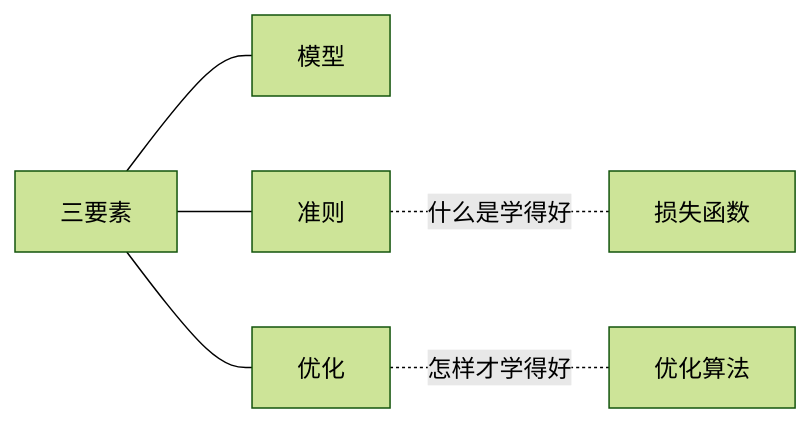
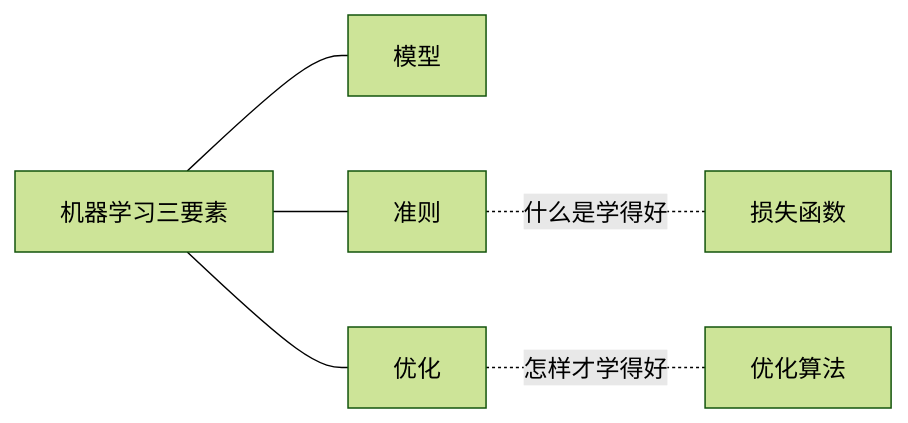
The first of 2 diagrams in 人工智能原理/学习/机器学习基础.md (YanLin-Git/UCAS_AI_2025), drawn with Mermaid (forest theme) before and after one commit.

Commit message:
机器学习基础

````diff
--- a/人工智能原理/学习/机器学习基础.md
+++ b/人工智能原理/学习/机器学习基础.md
@@ -7,6 +7,6 @@
 ```mermaid
 graph LR
-    YS[三要素] --- Model[模型] & Loss[准则] & Opt[优化]
+    YS[机器学习三要素] --- Model[模型] & Loss[准则] & Opt[优化]
     Loss -.什么是学得好.- 损失函数
     Opt -.怎样才学得好.- 优化算法
 ```
````
